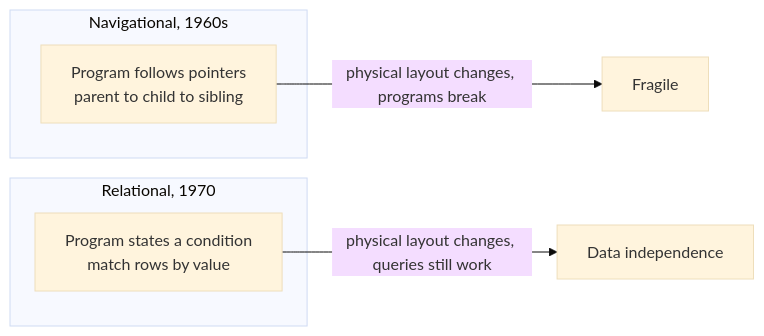
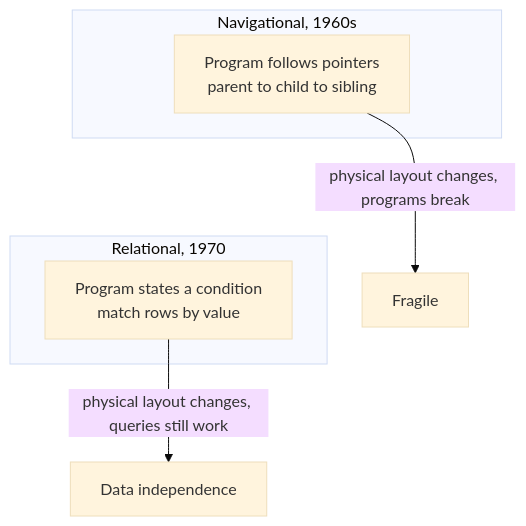
Before and after one commit to dataslope/dataslope: the diagram in content/courses/database-design-postgresql/the-relational-revolution.mdx, drawn with Mermaid (base theme). The commit also changed other lines of this file and 2180 other files, not shown here.

````diff
--- a/content/courses/database-design-postgresql/the-relational-revolution.mdx
+++ b/content/courses/database-design-postgresql/the-relational-revolution.mdx
@@ -60,11 +66,12 @@
 ```mermaid
-flowchart LR
+flowchart TD
     subgraph nav["Navigational, 1960s"]
         P["Program follows pointers<br/>parent to child to sibling"]
     end
     subgraph rel["Relational, 1970"]
         Q["Program states a condition<br/>match rows by value"]
     end
+    nav ~~~ rel
     P -->|"physical layout changes, programs break"| X["Fragile"]
     Q -->|"physical layout changes, queries still work"| Y["Data independence"]
 ```
````
